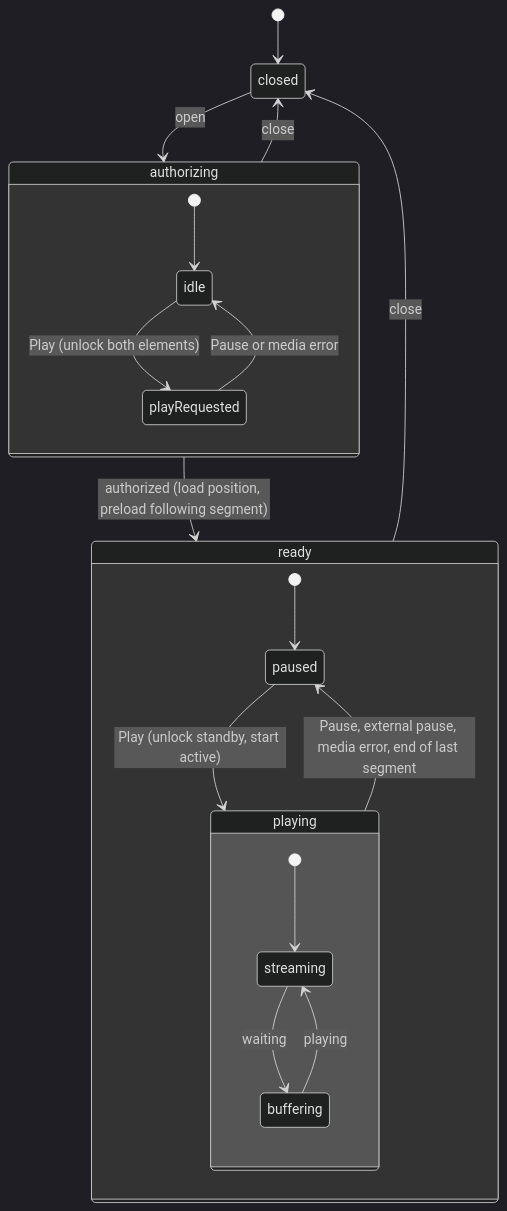
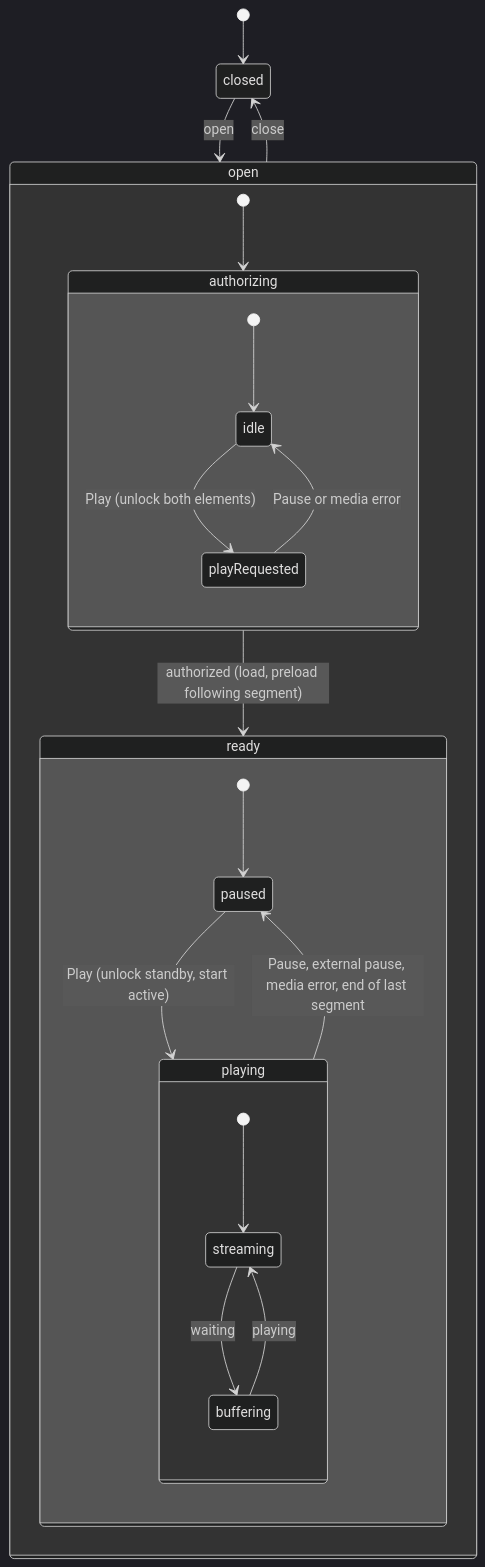
One commit to patricktree/cup changed the second of 2 diagrams in docs/architecture/conversion.md. Above: the diagram before and after it, drawn with Mermaid (dark theme). The commit also changed other lines of this file and 4 other files, not shown here.

````diff
--- a/docs/architecture/conversion.md
+++ b/docs/architecture/conversion.md
@@ -121,23 +121,25 @@
 ```mermaid
 stateDiagram-v2
   [*] --> closed
-  closed --> authorizing: open
-  state authorizing {
-    [*] --> idle
-    idle --> playRequested: Play (unlock both elements)
-    playRequested --> idle: Pause or media error
-  }
-  authorizing --> ready: authorized (load position, preload following segment)
-  state ready {
-    [*] --> paused
-    paused --> playing: Play (unlock standby, start active)
-    playing --> paused: Pause, external pause, media error, end of last segment
-    state playing {
-      [*] --> streaming
-      streaming --> buffering: waiting
-      buffering --> streaming: playing
+  closed --> open: open
+  state open {
+    [*] --> authorizing
+    state authorizing {
+      [*] --> idle
+      idle --> playRequested: Play (unlock both elements)
+      playRequested --> idle: Pause or media error
+    }
+    authorizing --> ready: authorized (load, preload following segment)
+    state ready {
+      [*] --> paused
+      paused --> playing: Play (unlock standby, start active)
+      playing --> paused: Pause, external pause, media error, end of last segment
+      state playing {
+        [*] --> streaming
+        streaming --> buffering: waiting
+        buffering --> streaming: playing
+      }
     }
   }
-  authorizing --> closed: close
-  ready --> closed: close
+  open --> closed: close
 ```
````
